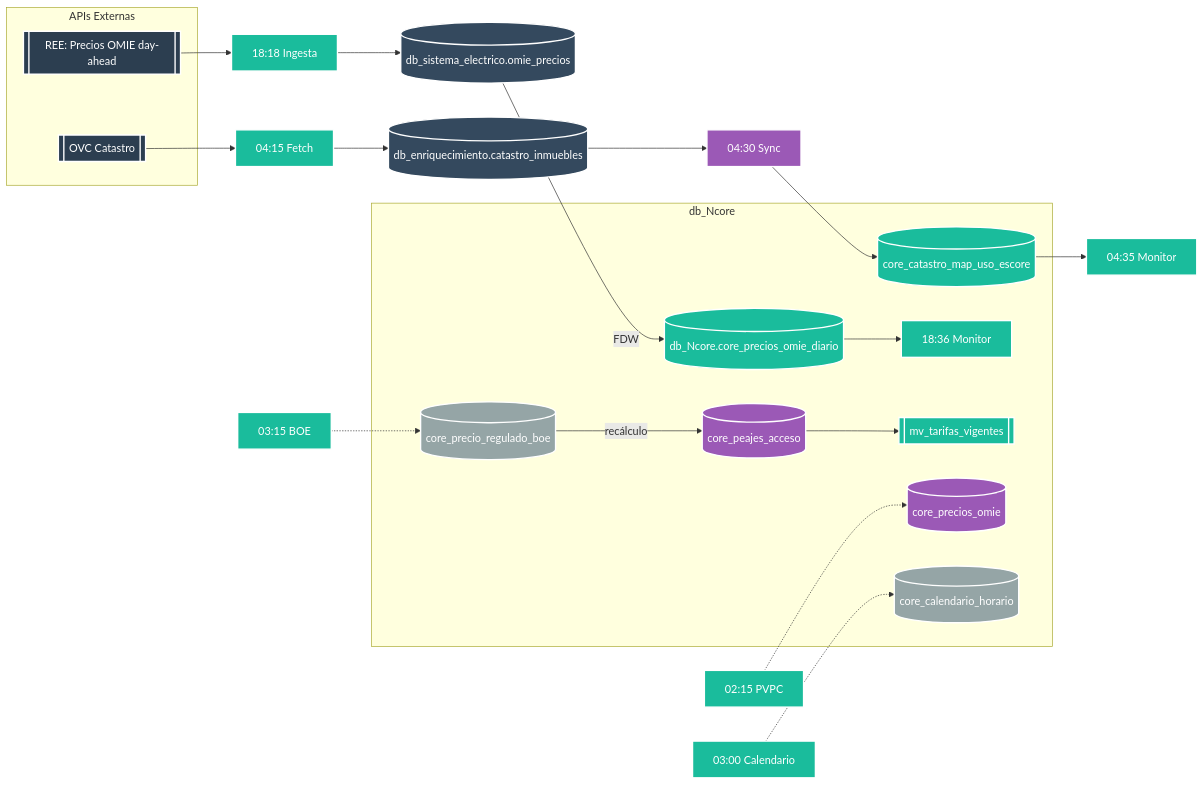
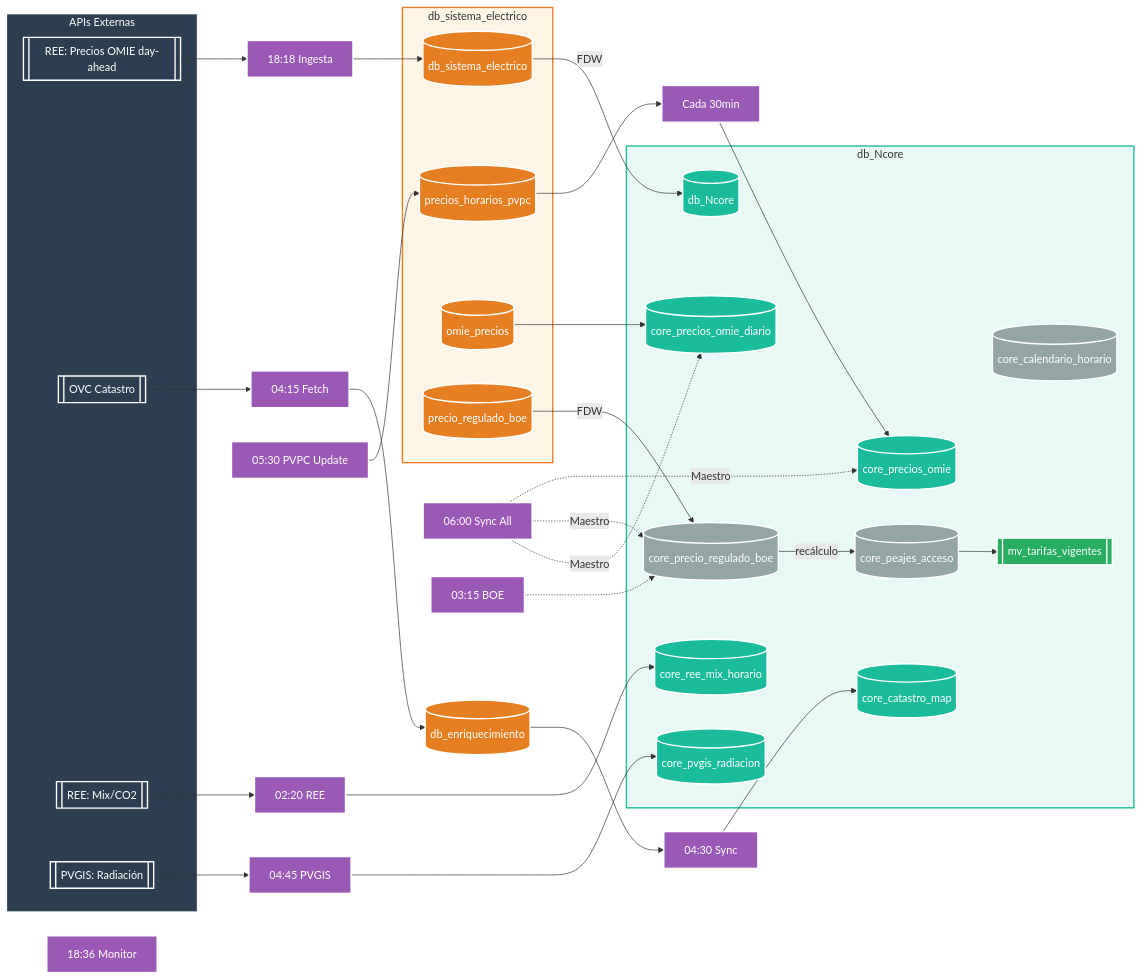
One commit to EGD2024/db-watioverse changed the diagram in docs/README_actualizaciones_automaticas.md. Above: the diagram before and after it, drawn with Mermaid. The commit also changed other lines of this file and 1 other file, not shown here.

Commit message:
PUNTO DE CONTROL para mejora estructura db y codigo asociado

````diff
--- a/docs/README_actualizaciones_automaticas.md
+++ b/docs/README_actualizaciones_automaticas.md
@@ -30,57 +30,95 @@
     subgraph APIs[APIs Externas]
         A[[REE: Precios OMIE day-ahead]]
         CAT[[OVC Catastro]]
+        REE2[[REE: Mix/CO2]]
+        PVGIS[[PVGIS: Radiación]]
     end
 
     T1[18:18 Ingesta]
     T2[04:15 Fetch]
     T3[04:30 Sync]
     T4[18:36 Monitor]
-    T5[02:15 PVPC]
-    T6[03:00 Calendario]
+    T5[05:30 PVPC Update]
+    T6[06:00 Sync All]
     T7[03:15 BOE]
-    T8[04:35 Monitor]
+    T8[Cada 30min]
+    T9[02:20 REE]
+    T10[04:45 PVGIS]
 
-    A --> T1 --> B[(db_sistema_electrico.omie_precios)]
-    B -->|FDW| C[(db_Ncore.core_precios_omie_diario)]
+    A --> T1 --> B[(db_sistema_electrico)]
+    B -->|FDW| C[(db_Ncore)]
     
-    CAT --> T2 --> ENR[(db_enriquecimiento.catastro_inmuebles)]
-    ENR --> T3 --> CATMAP[(core_catastro_map_uso_escore)]
+    CAT --> T2 --> ENR[(db_enriquecimiento)]
+    ENR --> T3 --> CATMAP[(core_catastro_map)]
+    
+    REE2 --> T9 --> REEMIX[(core_ree_mix_horario)]
+    PVGIS --> T10 --> PVGISRAD[(core_pvgis_radiacion)]
+
+    subgraph SistemaElectrico[db_sistema_electrico]
+        B
+        PVPC[(precios_horarios_pvpc)]
+        OMIE[(omie_precios)]
+        BOE1[(precio_regulado_boe)]
+    end
 
     subgraph Ncore[db_Ncore]
-        C --> T4
+        C
         D[(core_precios_omie)]
         E[(core_calendario_horario)]
         F[(core_precio_regulado_boe)]
         G[(core_peajes_acceso)]
         CATMAP
         MV[[mv_tarifas_vigentes]]
+        REEMIX
+        PVGISRAD
+        DAILY[(core_precios_omie_diario)]
     end
 
-    T5 -.-> D
-    T6 -.-> E
+    T5 --> PVPC
+    PVPC --> T8 --> D
+    T6 -.->|Maestro| D
+    T6 -.->|Maestro| F
+    T6 -.->|Maestro| DAILY
     T7 -.-> F
     F -->|recálculo| G --> MV
-    CATMAP --> T8
+    OMIE --> DAILY
+    BOE1 -->|FDW| F
 
+    style APIs fill:#2C3E50,stroke:#ffffff,stroke-width:2px,color:#ffffff
     style A fill:#2C3E50,stroke:#ffffff,stroke-width:2px,color:#ffffff
     style CAT fill:#2C3E50,stroke:#ffffff,stroke-width:2px,color:#ffffff
-    style B fill:#34495E,stroke:#ffffff,stroke-width:2px,color:#ffffff
-    style ENR fill:#34495E,stroke:#ffffff,stroke-width:2px,color:#ffffff
+    style REE2 fill:#2C3E50,stroke:#ffffff,stroke-width:2px,color:#ffffff
+    style PVGIS fill:#2C3E50,stroke:#ffffff,stroke-width:2px,color:#ffffff
+    
+    style B fill:#E67E22,stroke:#ffffff,stroke-width:2px,color:#ffffff
+    style ENR fill:#E67E22,stroke:#ffffff,stroke-width:2px,color:#ffffff
+    style PVPC fill:#E67E22,stroke:#ffffff,stroke-width:2px,color:#ffffff
+    style OMIE fill:#E67E22,stroke:#ffffff,stroke-width:2px,color:#ffffff
+    style BOE1 fill:#E67E22,stroke:#ffffff,stroke-width:2px,color:#ffffff
+    
     style C fill:#1ABC9C,stroke:#ffffff,stroke-width:2px,color:#ffffff
     style CATMAP fill:#1ABC9C,stroke:#ffffff,stroke-width:2px,color:#ffffff
-    style D fill:#9B59B6,stroke:#ffffff,stroke-width:2px,color:#ffffff
+    style D fill:#1ABC9C,stroke:#ffffff,stroke-width:2px,color:#ffffff
+    style DAILY fill:#1ABC9C,stroke:#ffffff,stroke-width:2px,color:#ffffff
+    style REEMIX fill:#1ABC9C,stroke:#ffffff,stroke-width:2px,color:#ffffff
+    style PVGISRAD fill:#1ABC9C,stroke:#ffffff,stroke-width:2px,color:#ffffff
+    
     style E fill:#95A5A6,stroke:#ffffff,stroke-width:2px,color:#ffffff
     style F fill:#95A5A6,stroke:#ffffff,stroke-width:2px,color:#ffffff
-    style G fill:#9B59B6,stroke:#ffffff,stroke-width:2px,color:#ffffff
-    style MV fill:#1ABC9C,stroke:#ffffff,stroke-width:2px,color:#ffffff
+    style G fill:#95A5A6,stroke:#ffffff,stroke-width:2px,color:#ffffff
+    style MV fill:#27AE60,stroke:#ffffff,stroke-width:2px,color:#ffffff
     
-    style T1 fill:#1ABC9C,stroke:#ffffff,stroke-width:2px,color:#ffffff
-    style T2 fill:#1ABC9C,stroke:#ffffff,stroke-width:2px,color:#ffffff
+    style T1 fill:#9B59B6,stroke:#ffffff,stroke-width:2px,color:#ffffff
+    style T2 fill:#9B59B6,stroke:#ffffff,stroke-width:2px,color:#ffffff
     style T3 fill:#9B59B6,stroke:#ffffff,stroke-width:2px,color:#ffffff
-    style T4 fill:#1ABC9C,stroke:#ffffff,stroke-width:2px,color:#ffffff
-    style T5 fill:#1ABC9C,stroke:#ffffff,stroke-width:2px,color:#ffffff
-    style T6 fill:#1ABC9C,stroke:#ffffff,stroke-width:2px,color:#ffffff
-    style T7 fill:#1ABC9C,stroke:#ffffff,stroke-width:2px,color:#ffffff
-    style T8 fill:#1ABC9C,stroke:#ffffff,stroke-width:2px,color:#ffffff
+    style T4 fill:#9B59B6,stroke:#ffffff,stroke-width:2px,color:#ffffff
+    style T5 fill:#9B59B6,stroke:#ffffff,stroke-width:2px,color:#ffffff
+    style T6 fill:#9B59B6,stroke:#ffffff,stroke-width:2px,color:#ffffff
+    style T7 fill:#9B59B6,stroke:#ffffff,stroke-width:2px,color:#ffffff
+    style T8 fill:#9B59B6,stroke:#ffffff,stroke-width:2px,color:#ffffff
+    style T9 fill:#9B59B6,stroke:#ffffff,stroke-width:2px,color:#ffffff
+    style T10 fill:#9B59B6,stroke:#ffffff,stroke-width:2px,color:#ffffff
+    
+    style SistemaElectrico fill:#FFF5E6,stroke:#E67E22,stroke-width:2px
+    style Ncore fill:#E8F8F5,stroke:#1ABC9C,stroke-width:2px
 ```
````
